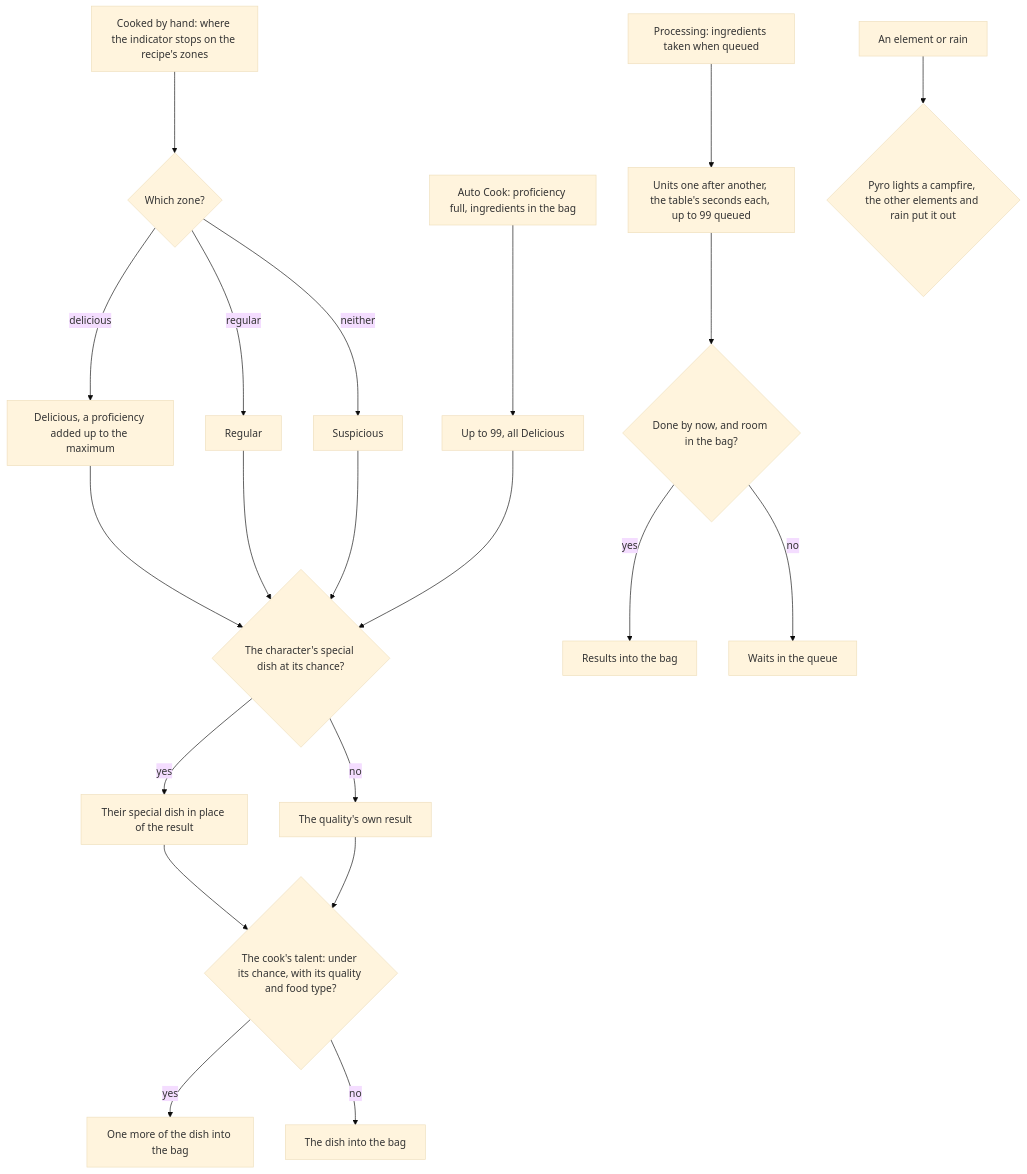
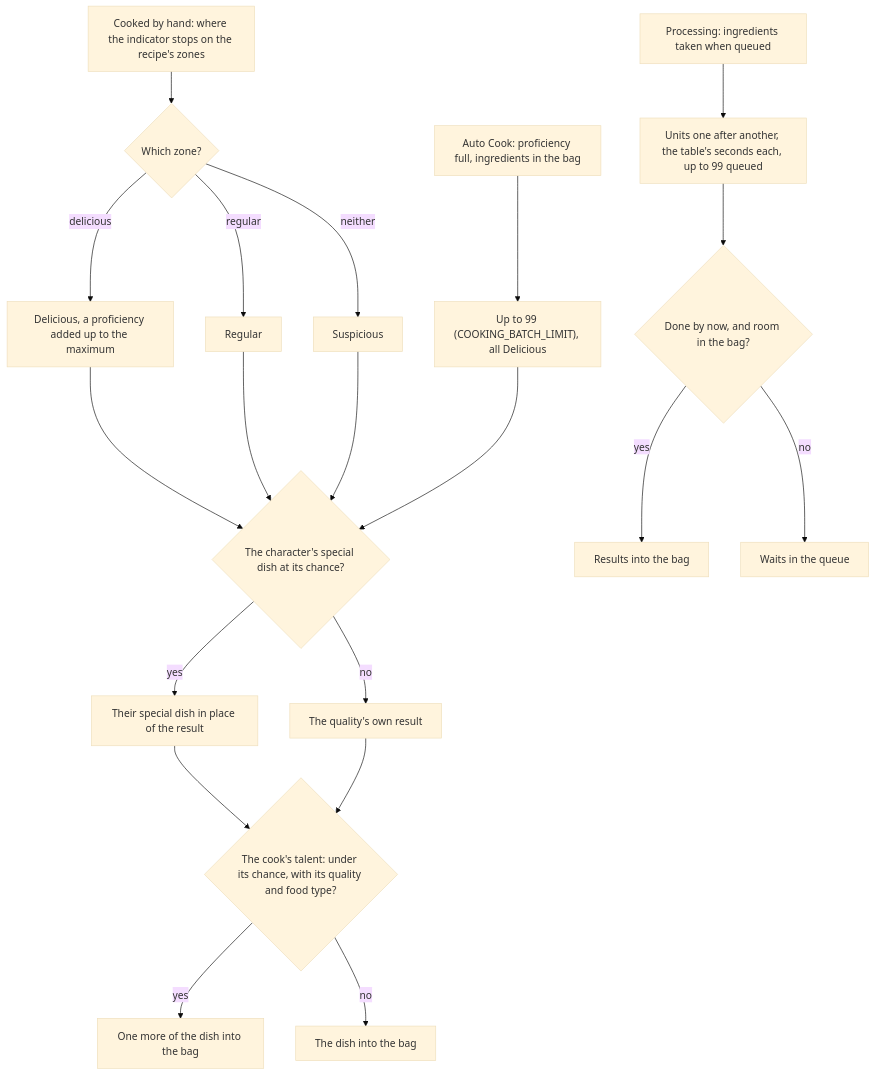
One commit to Esposter/Esposter changed the diagram in openspec/specs/genshin/cooking/design.md. Above: the diagram before and after it, drawn with Mermaid (base theme). The commit also changed other lines of this file and 8 other files, not shown here.

````diff
--- a/openspec/specs/genshin/cooking/design.md
+++ b/openspec/specs/genshin/cooking/design.md
@@ -7,23 +7,22 @@
 ```mermaid
 flowchart TD
   H["Cooked by hand: where the indicator stops on the recipe's zones"] --> Z{"Which zone?"}
   Z -->|"delicious"| DE["Delicious, a proficiency added up to the maximum"]
   Z -->|"regular"| RE["Regular"]
   Z -->|"neither"| SU["Suspicious"]
-  A["Auto Cook: proficiency full, ingredients in the bag"] --> N["Up to 99, all Delicious"]
+  A["Auto Cook: proficiency full, ingredients in the bag"] --> N["Up to 99 (COOKING_BATCH_LIMIT), all Delicious"]
   DE --> S{"The character's special dish at its chance?"}
   RE --> S
   SU --> S
   N --> S
   S -->|"yes"| SP["Their special dish in place of the result"]
   S -->|"no"| RS["The quality's own result"]
   SP --> T{"The cook's talent: under its chance, with its quality and food type?"}
   RS --> T
   T -->|"yes"| X["One more of the dish into the bag"]
   T -->|"no"| BAG["The dish into the bag"]
   P["Processing: ingredients taken when queued"] --> U["Units one after another, the table's seconds each, up to 99 queued"]
   U --> C{"Done by now, and room in the bag?"}
   C -->|"yes"| IN["Results into the bag"]
   C -->|"no"| WQ["Waits in the queue"]
-  E["An element or rain"] --> L{"Pyro lights a campfire, the other elements and rain put it out"}
 ```
````
